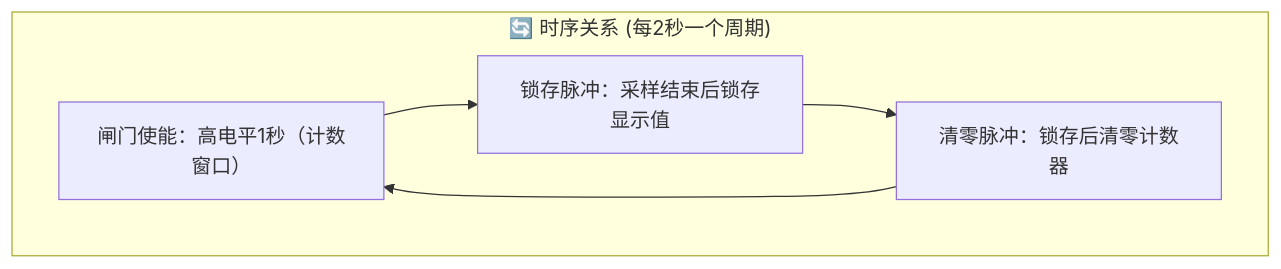
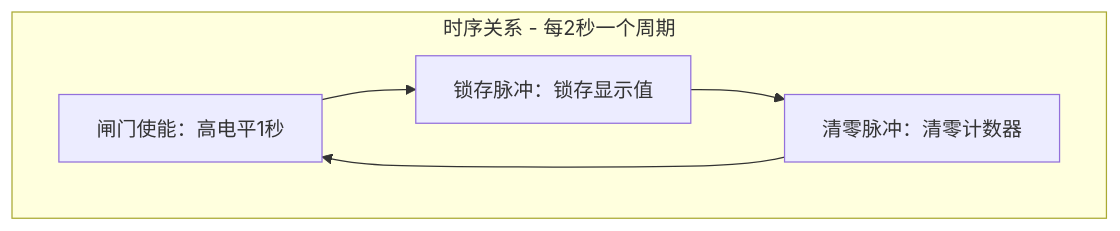
One commit to Ygreece/motor-pwm-controller changed the second of 2 diagrams in docs/design.md. Above: the diagram before and after it, drawn with Mermaid. The commit also changed other lines of this file and 1 other file, not shown here.

First line of the commit message:
fix: 修复Mermaid图表兼容性问题

````diff
--- a/docs/design.md
+++ b/docs/design.md
@@ -43,8 +43,8 @@
 ```mermaid
 graph TB
-    subgraph 时序["🔄 时序关系 (每2秒一个周期)"]
-        T1["闸门使能：高电平1秒（计数窗口）"] --> T2["锁存脉冲：采样结束后锁存显示值"]
-        T2 --> T3["清零脉冲：锁存后清零计数器"]
+    subgraph S4["时序关系 - 每2秒一个周期"]
+        T1["闸门使能：高电平1秒"] --> T2["锁存脉冲：锁存显示值"]
+        T2 --> T3["清零脉冲：清零计数器"]
         T3 --> T1
     end
 ```
````
